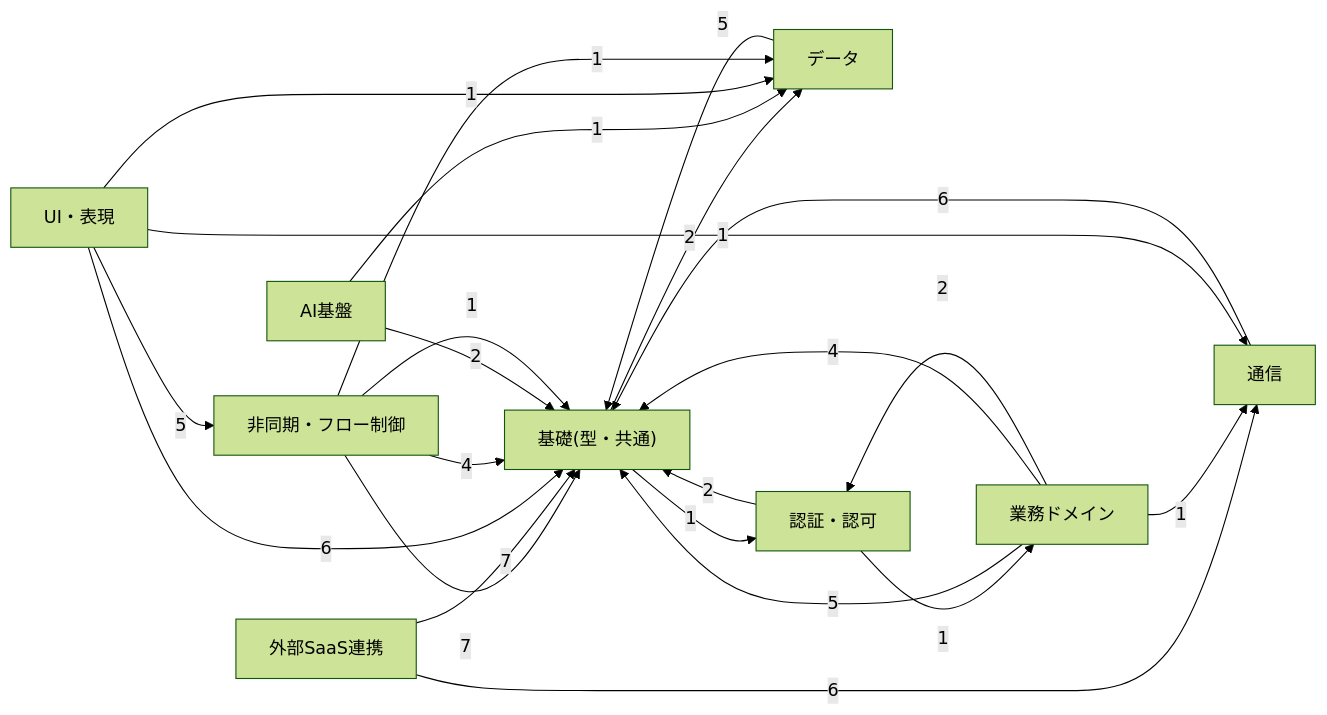
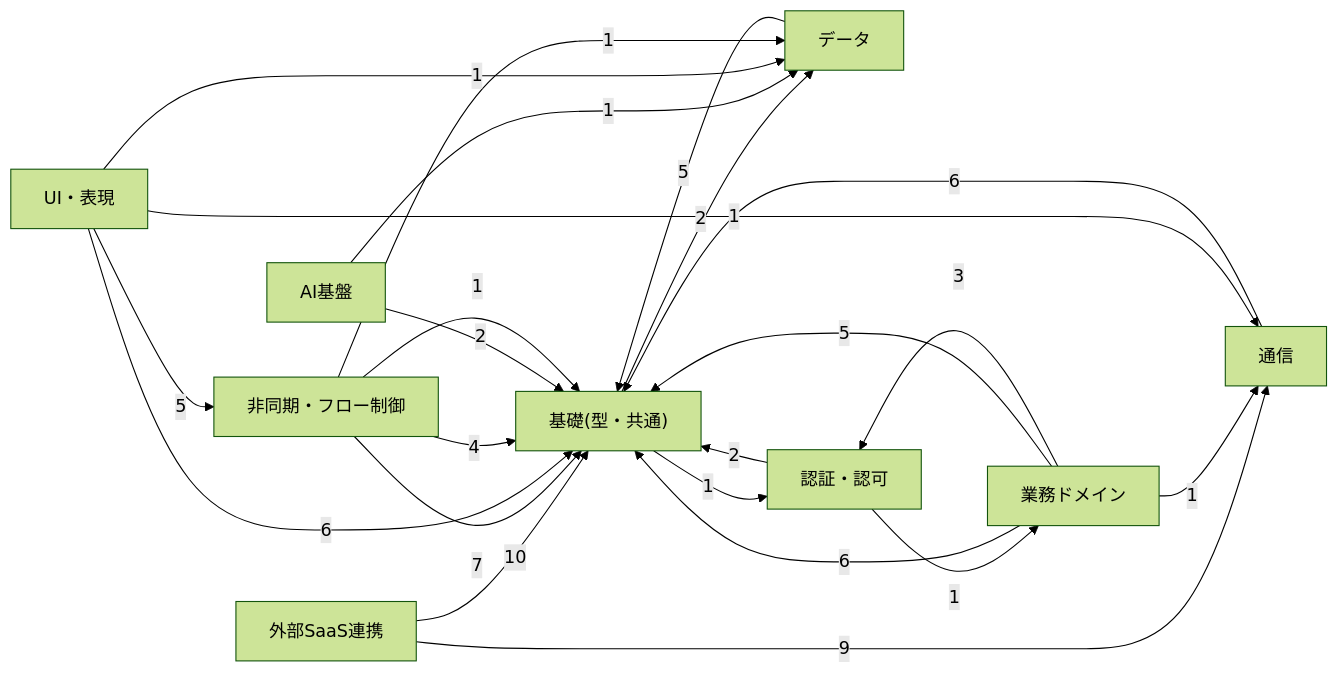
Before and after one commit to MATCHMAKER-IS/platform: the diagram in docs/platform/depgraph.md, drawn with Mermaid (forest theme). The commit also changed other lines of this file and 568 other files, not shown here.

````diff
--- a/docs/platform/depgraph.md
+++ b/docs/platform/depgraph.md
@@ -9,37 +9,37 @@
 ```mermaid
 flowchart LR
   CAI__["AI基盤"]
   CUI___["UI・表現"]
   C_________["コンテンツ・サイト"]
   C______["セキュリティ"]
   C___["データ"]
   C_________["メディア・デバイス"]
   C________["基礎(型・共通)"]
   C__SaaS__["外部SaaS連携"]
   C______["業務ドメイン"]
   C_____["認証・認可"]
   C__["通信"]
   C_________["非同期・フロー制御"]
+  C__SaaS__ -->|10| C________
+  C__SaaS__ -->|9| C__
   C_________ -->|7| C________
-  C__SaaS__ -->|7| C________
+  C______ -->|6| C________
   CUI___ -->|6| C________
-  C__SaaS__ -->|6| C__
   C__ -->|6| C________
   C______ -->|5| C________
   C___ -->|5| C________
   CUI___ -->|5| C_________
   C_________ -->|4| C________
-  C______ -->|4| C________
+  C______ -->|3| C_____
   CAI__ -->|2| C________
   C_____ -->|2| C________
-  C______ -->|2| C_____
   C________ -->|2| C___
   C______ -->|1| C__
   C_________ -->|1| C________
   CAI__ -->|1| C___
   C_____ -->|1| C______
   C________ -->|1| C_____
   CUI___ -->|1| C___
   CUI___ -->|1| C__
   C_________ -->|1| C___
 ```
````
